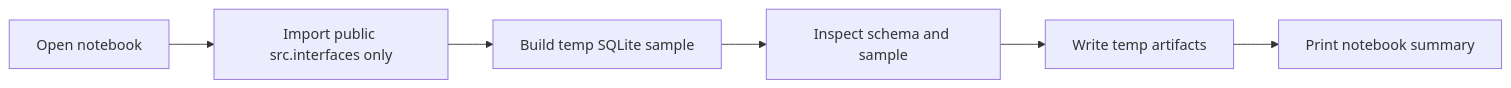
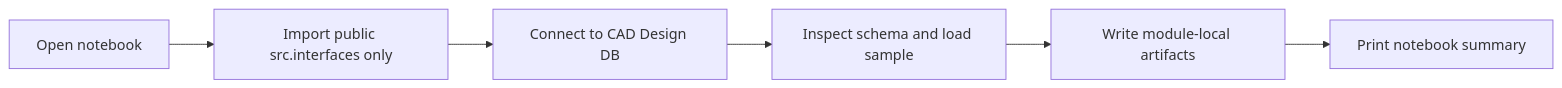
The second of 3 diagrams in docs/ai_context/SYSTEM_WORKFLOW_MAP.md (Vedaang-Chopra/CAD-Physics), drawn with Mermaid before and after one commit. The commit also changed other lines of this file and 2 other files, not shown here.

Commit message:
pi: fix notebook db connection

````diff
--- a/docs/ai_context/SYSTEM_WORKFLOW_MAP.md
+++ b/docs/ai_context/SYSTEM_WORKFLOW_MAP.md
@@ -39,8 +39,8 @@
 ```mermaid
 flowchart LR
     A[Open notebook] --> B[Import public src.interfaces only]
-    B --> C[Build temp SQLite sample]
-    C --> D[Inspect schema and sample]
-    D --> E[Write temp artifacts]
+    B --> C[Connect to CAD Design DB]
+    C --> D[Inspect schema and load sample]
+    D --> E[Write module-local artifacts]
     E --> F[Print notebook summary]
 ```
````
